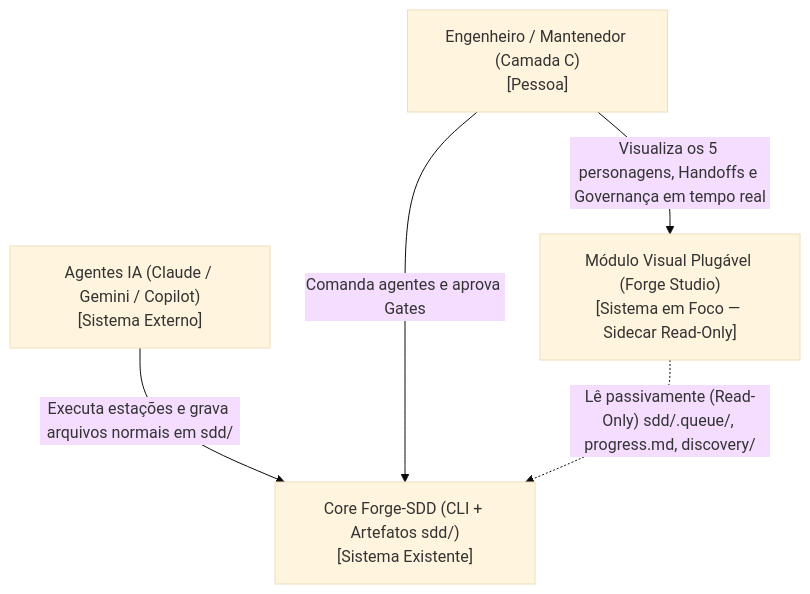
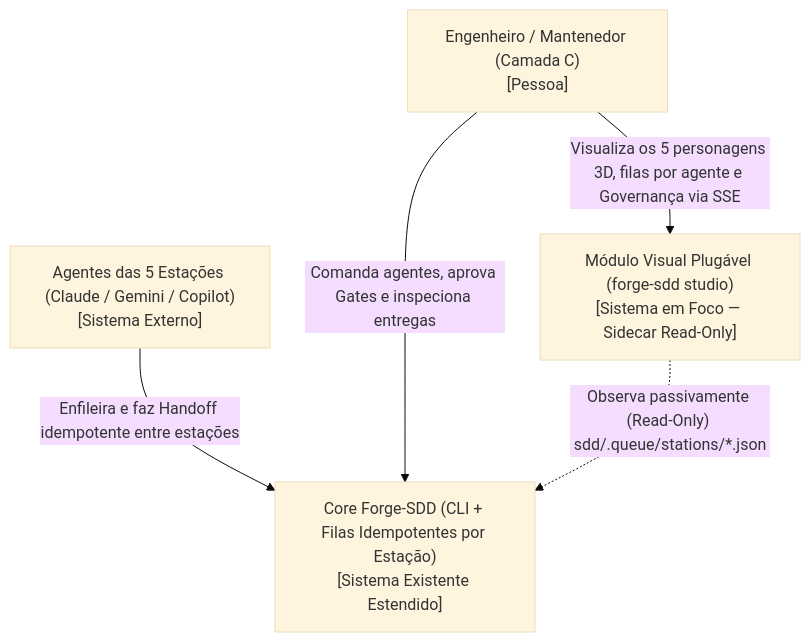
Before and after one commit to nathanramorim/forge-sdd: the first of 3 diagrams in sdd/discovery/criteria-59-modulo-visual-estacoes-personagens.md, drawn with Mermaid (base theme). The commit also changed other lines of this file and 3 other files, not shown here.

Commit message:
docs(discovery-59): consolidar filas dedicadas por estação com idempotência e plano técnico do forge-sdd studio

````diff
--- a/sdd/discovery/criteria-59-modulo-visual-estacoes-personagens.md
+++ b/sdd/discovery/criteria-59-modulo-visual-estacoes-personagens.md
@@ -36,12 +34,12 @@
 ```mermaid
 graph TB
     human["Engenheiro / Mantenedor (Camada C)<br/>[Pessoa]"]
-    agents["Agentes IA (Claude / Gemini / Copilot)<br/>[Sistema Externo]"]
-    forge["Core Forge-SDD (CLI + Artefatos sdd/)<br/>[Sistema Existente]"]
-    studio["Módulo Visual Plugável (Forge Studio)<br/>[Sistema em Foco — Sidecar Read-Only]"]
+    agents["Agentes das 5 Estações (Claude / Gemini / Copilot)<br/>[Sistema Externo]"]
+    forge["Core Forge-SDD (CLI + Filas Idempotentes por Estação)<br/>[Sistema Existente Estendido]"]
+    studio["Módulo Visual Plugável (forge-sdd studio)<br/>[Sistema em Foco — Sidecar Read-Only]"]
 
-    agents -->|"Executa estações e grava arquivos normais em sdd/"| forge
-    human -->|"Comanda agentes e aprova Gates"| forge
-    studio -.->|"Lê passivamente (Read-Only) sdd/.queue/, progress.md, discovery/"| forge
-    human -->|"Visualiza os 5 personagens, Handoffs e Governança em tempo real"| studio
+    agents -->|"Enfileira e faz Handoff idempotente entre estações"| forge
+    human -->|"Comanda agentes, aprova Gates e inspeciona entregas"| forge
+    studio -.->|"Observa passivamente (Read-Only) sdd/.queue/stations/*.json"| forge
+    human -->|"Visualiza os 5 personagens 3D, filas por agente e Governança via SSE"| studio
 ```
````
